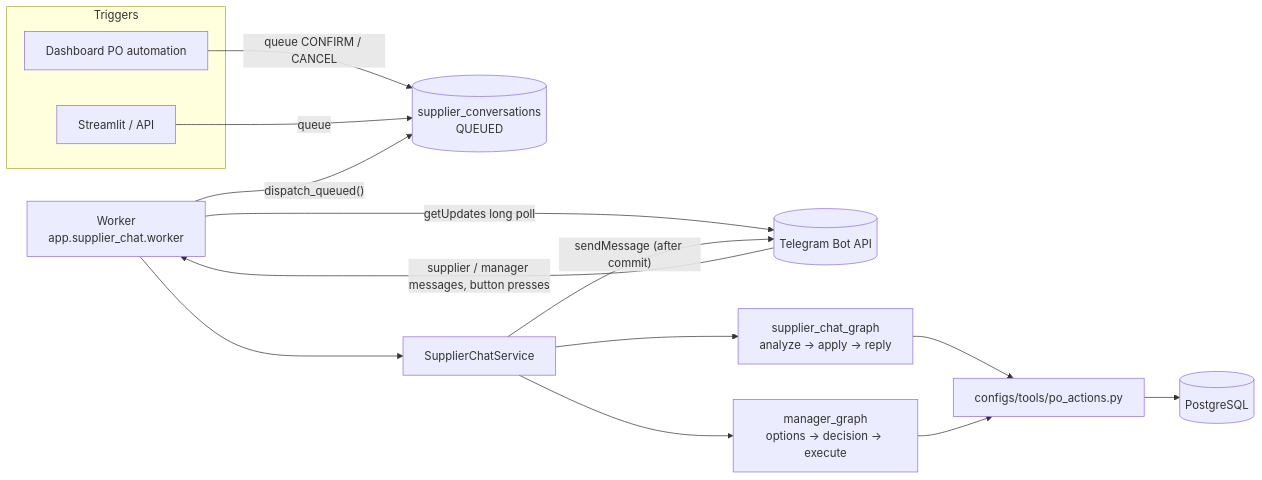
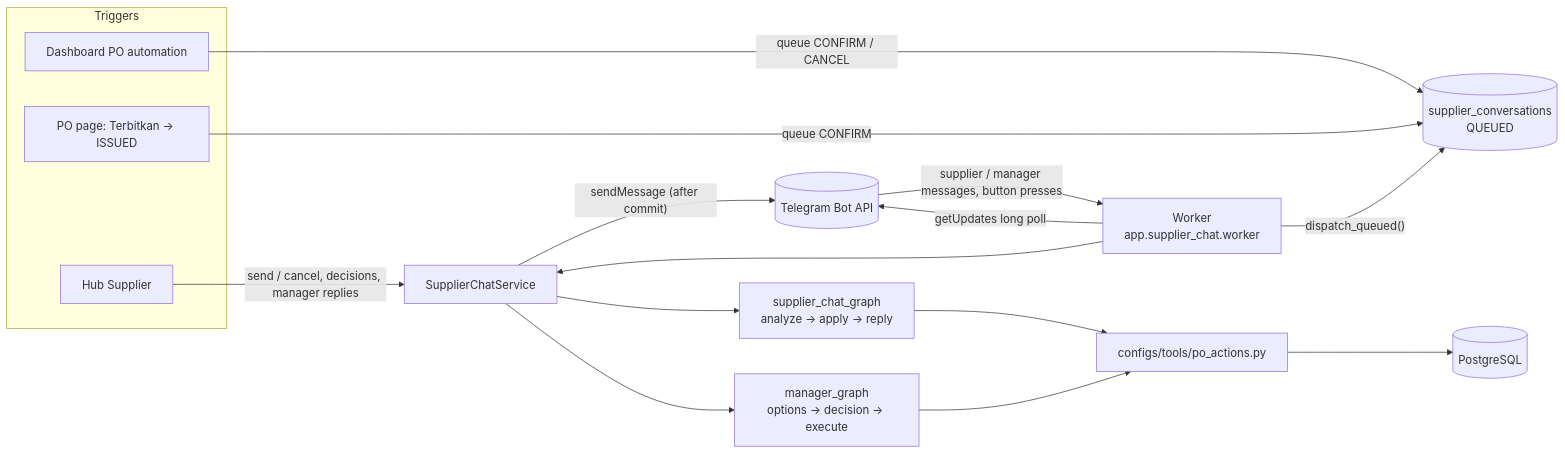
Before and after one commit to ReubenZSTechs/SIGAP-Agentic-AI-for-Automotive-Material-Shortages: the first of 3 diagrams in docs/SUPPLIER_TELEGRAM.md, drawn with Mermaid. The commit also changed other lines of this file and 62 other files, not shown here.

````diff
--- a/docs/SUPPLIER_TELEGRAM.md
+++ b/docs/SUPPLIER_TELEGRAM.md
@@ -38,19 +38,21 @@
 ```mermaid
 flowchart LR
     subgraph Triggers
       DA[Dashboard PO automation]
-      ST[Streamlit / API]
+      PO[PO page: Terbitkan → ISSUED]
+      HUB[Hub Supplier]
     end
     DA -- "queue CONFIRM / CANCEL" --> Q[(supplier_conversations<br/>QUEUED)]
-    ST -- "queue" --> Q
+    PO -- "queue CONFIRM" --> Q
+    HUB -- "send / cancel, decisions, manager replies" --> S
     W[Worker<br/>app.supplier_chat.worker] -- "dispatch_queued()" --> Q
     W -- "getUpdates long poll" --> TG[(Telegram Bot API)]
     TG -- "supplier / manager messages, button presses" --> W
     W --> S[SupplierChatService]
     S --> RG[supplier_chat_graph<br/>analyze → apply → reply]
     S --> MG[manager_graph<br/>options → decision → execute]
     RG --> T[configs/tools/po_actions.py]
     MG --> T
     T --> DB[(PostgreSQL)]
     S -- "sendMessage (after commit)" --> TG
 ```
````
